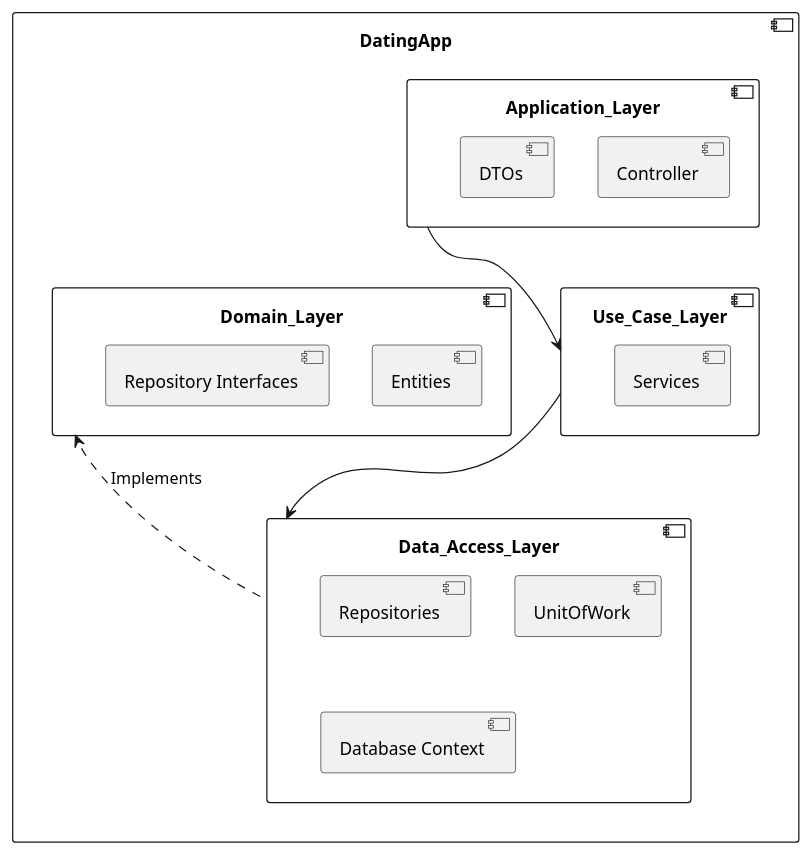
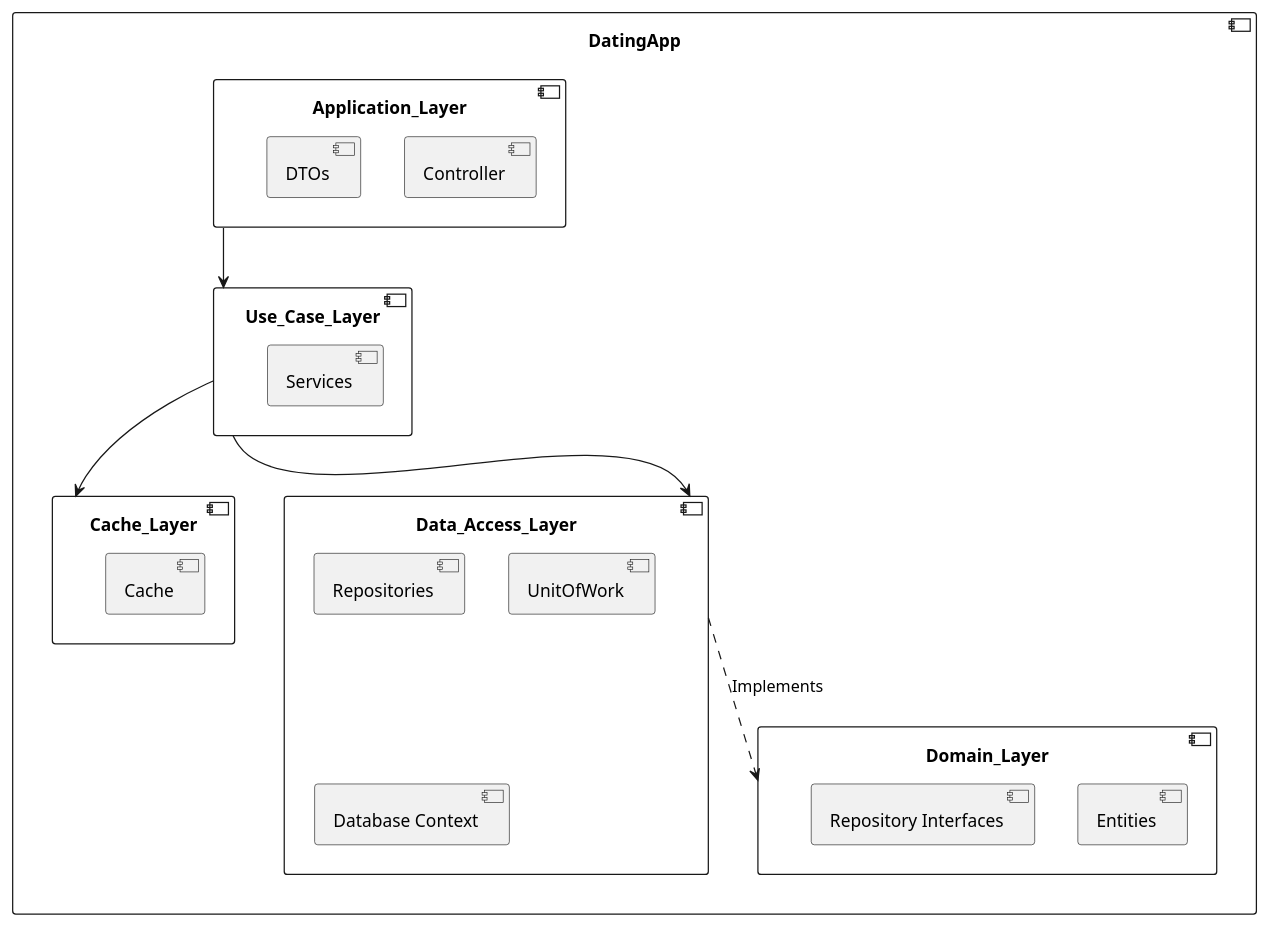
Before and after one commit to tammysensitive2312/Tinder-Dating-App-_IT4409: the first of 4 diagrams in docs/Dating_App_Package_diagram.puml, drawn with PlantUML. The commit also changed other lines of this file, not shown here.

```diff
--- a/docs/Dating_App_Package_diagram.puml
+++ b/docs/Dating_App_Package_diagram.puml
@@ -1,27 +1,32 @@
 @startuml overview architecture
 component DatingApp {
     component Application_Layer {
         [Controller]
         [DTOs]
     }
 
     component Use_Case_Layer {
         [Services]
+    }
+
+    component Cache_Layer {
+        [Cache]
     }
 
     component Data_Access_Layer {
         [Repositories]
         [UnitOfWork]
         [Database Context]
     }
 
     component Domain_Layer {
         [Entities]
         [Repository Interfaces]
     }
 
     Application_Layer --> Use_Case_Layer
     Use_Case_Layer --> Data_Access_Layer
-    Domain_Layer <.. Data_Access_Layer : Implements
+    Use_Case_Layer --> Cache_Layer
+    Data_Access_Layer ..> Domain_Layer : Implements
 }
 @enduml
```
